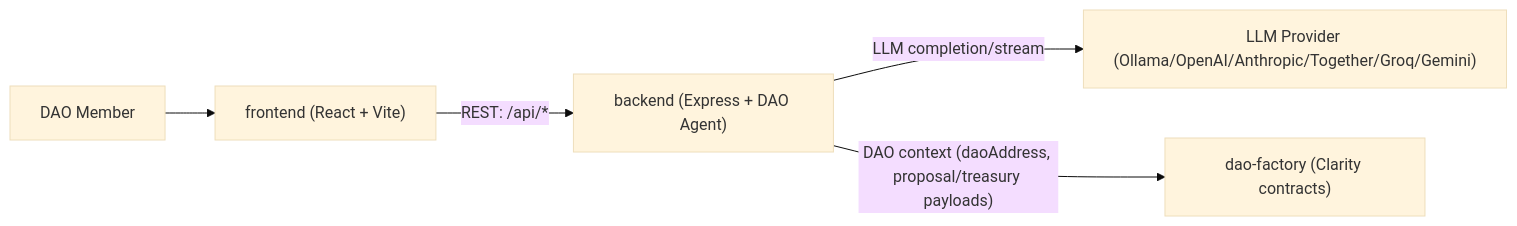
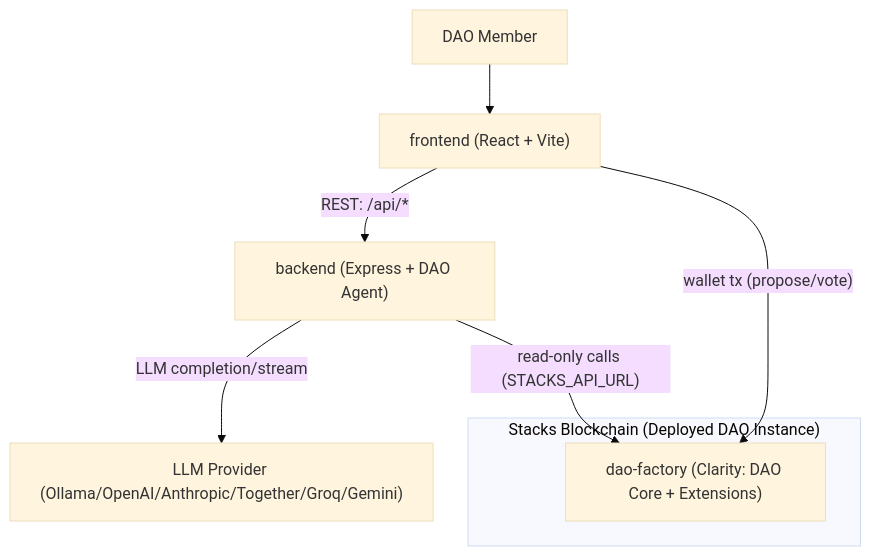
One commit to unclekaldoteth/sad-StacksAIDao changed the diagram in README.md. Above: the diagram before and after it, drawn with Mermaid (base theme). The commit also changed other lines of this file and 11 other files, not shown here.

Commit message:
feat: add risk scanner alerts + on-chain context for agents

````diff
--- a/README.md
+++ b/README.md
@@ -26,7 +28,13 @@
 ```mermaid
-flowchart LR
+flowchart TB
   U["DAO Member"] --> F["frontend (React + Vite)"]
   F -->|"REST: /api/*"| B["backend (Express + DAO Agent)"]
   B -->|"LLM completion/stream"| P["LLM Provider (Ollama/OpenAI/Anthropic/Together/Groq/Gemini)"]
-  B -->|"DAO context (daoAddress, proposal/treasury payloads)"| C["dao-factory (Clarity contracts)"]
+
+  subgraph Chain["Stacks Blockchain (Deployed DAO Instance)"]
+    DAO["dao-factory (Clarity: DAO Core + Extensions)"]
+  end
+
+  B -->|"read-only calls (STACKS_API_URL)"| DAO
+  F -->|"wallet tx (propose/vote)"| DAO
 ```
````
